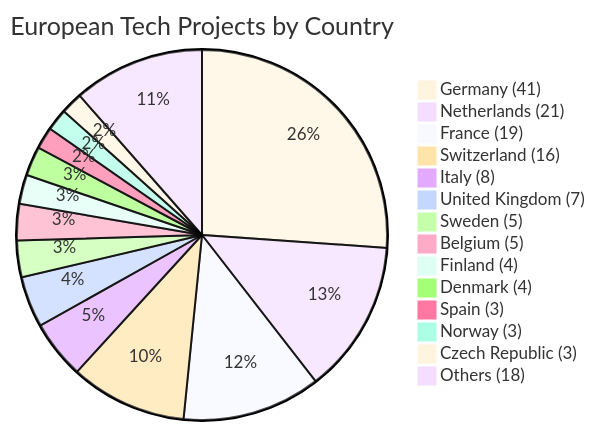
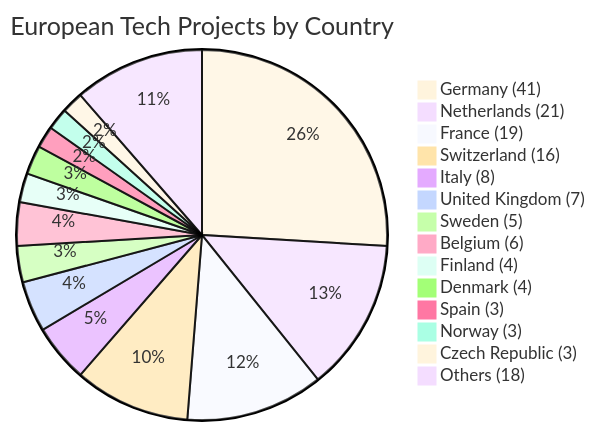
The diagram in README.md (uscneps/Awesome-European-Tech), drawn with Mermaid before and after one commit. The commit also changed other lines of this file, not shown here.

````diff
--- a/README.md
+++ b/README.md
@@ -23,19 +23,19 @@
 ```mermaid
 %%{init: {'theme': 'base' }}%%
 pie
   title European Tech Projects by Country
   "Germany (41)" : 41
   "Netherlands (21)" : 21
   "France (19)" : 19
   "Switzerland (16)" : 16
   "Italy (8)" : 8
   "United Kingdom (7)" : 7
   "Sweden (5)" : 5
-  "Belgium (5)" : 5
+  "Belgium (6)" : 6
   "Finland (4)" : 4
   "Denmark (4)" : 4
   "Spain (3)" : 3
   "Norway (3)" : 3
   "Czech Republic (3)" : 3
   "Others (18)" : 18
 ```
````
